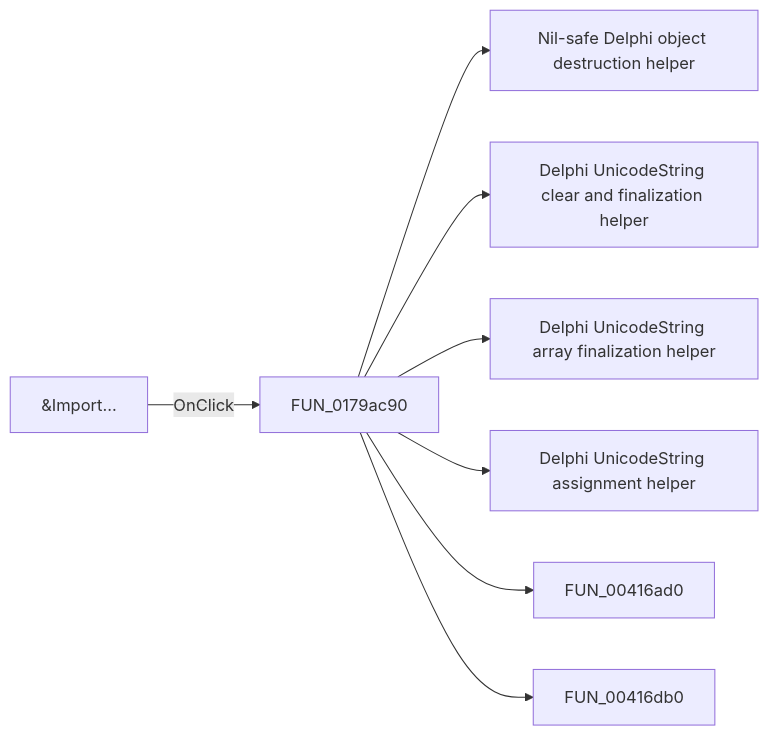
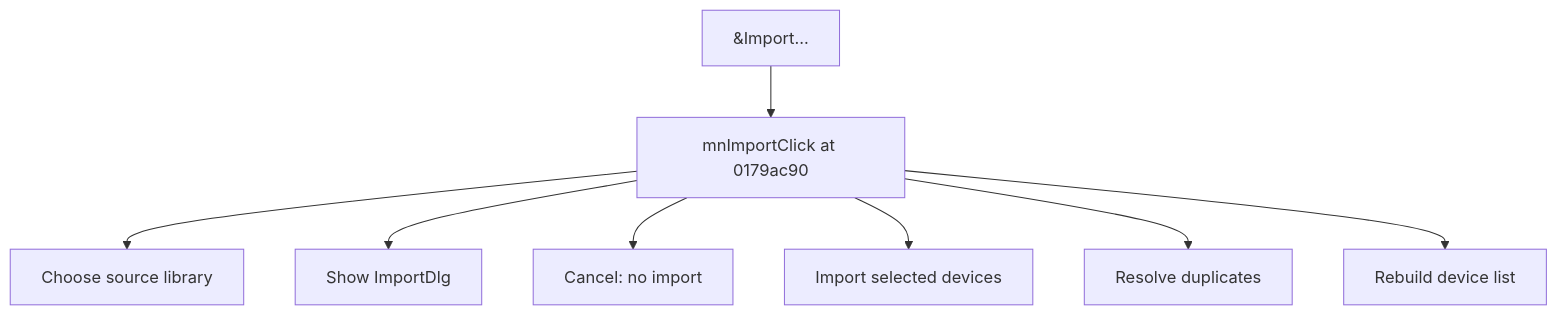
The diagram in docs/ui-controls/shapeedit/mnimport-5116753137.md (MovGP0/TIARA), drawn with Mermaid before and after one commit. The commit also changed other lines of this file and 1062 other files, not shown here.

````diff
--- a/docs/ui-controls/shapeedit/mnimport-5116753137.md
+++ b/docs/ui-controls/shapeedit/mnimport-5116753137.md
@@ -27,10 +27,10 @@
 ```mermaid
-flowchart LR
-    control["&Import..."] -->|OnClick| handler["FUN_0179ac90"]
-    handler --> call1["Nil-safe Delphi object destruction helper"]
-    handler --> call2["Delphi UnicodeString clear and finalization helper"]
-    handler --> call3["Delphi UnicodeString array finalization helper"]
-    handler --> call4["Delphi UnicodeString assignment helper"]
-    handler --> call5["FUN_00416ad0"]
-    handler --> call6["FUN_00416db0"]
+flowchart TD
+    control["&Import..."] --> handler["mnImportClick at 0179ac90"]
+    handler --> step1["Choose source library"]
+    handler --> step2["Show ImportDlg"]
+    handler --> step3["Cancel: no import"]
+    handler --> step4["Import selected devices"]
+    handler --> step5["Resolve duplicates"]
+    handler --> step6["Rebuild device list"]
 ```
````
